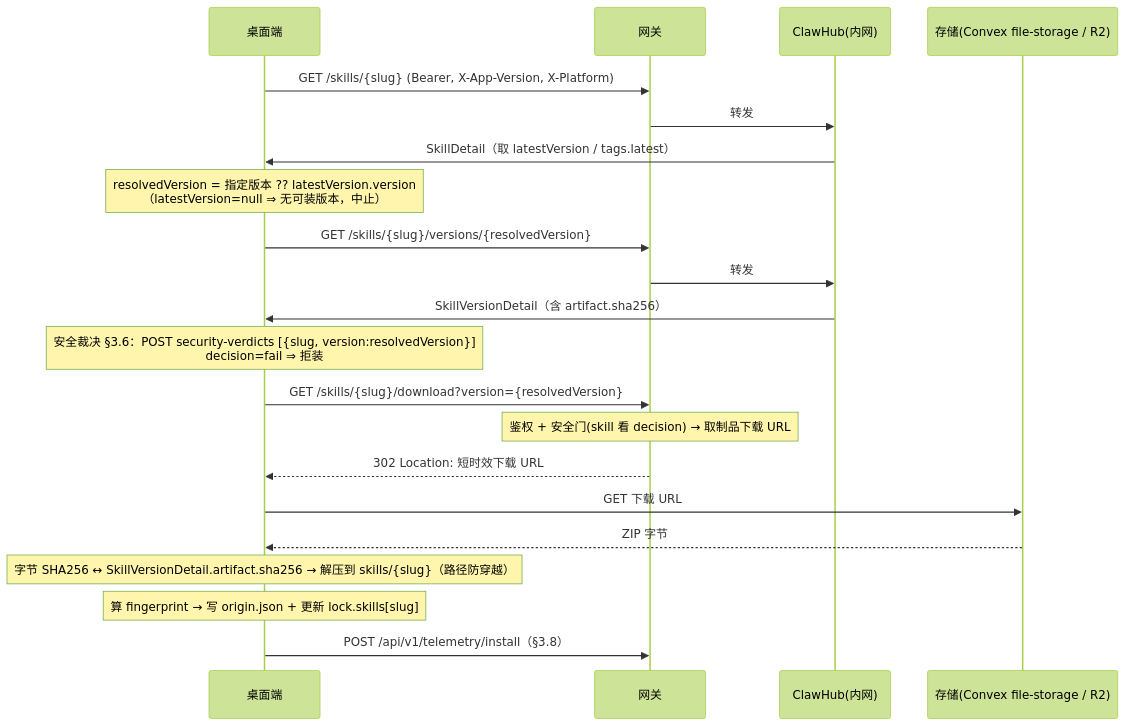
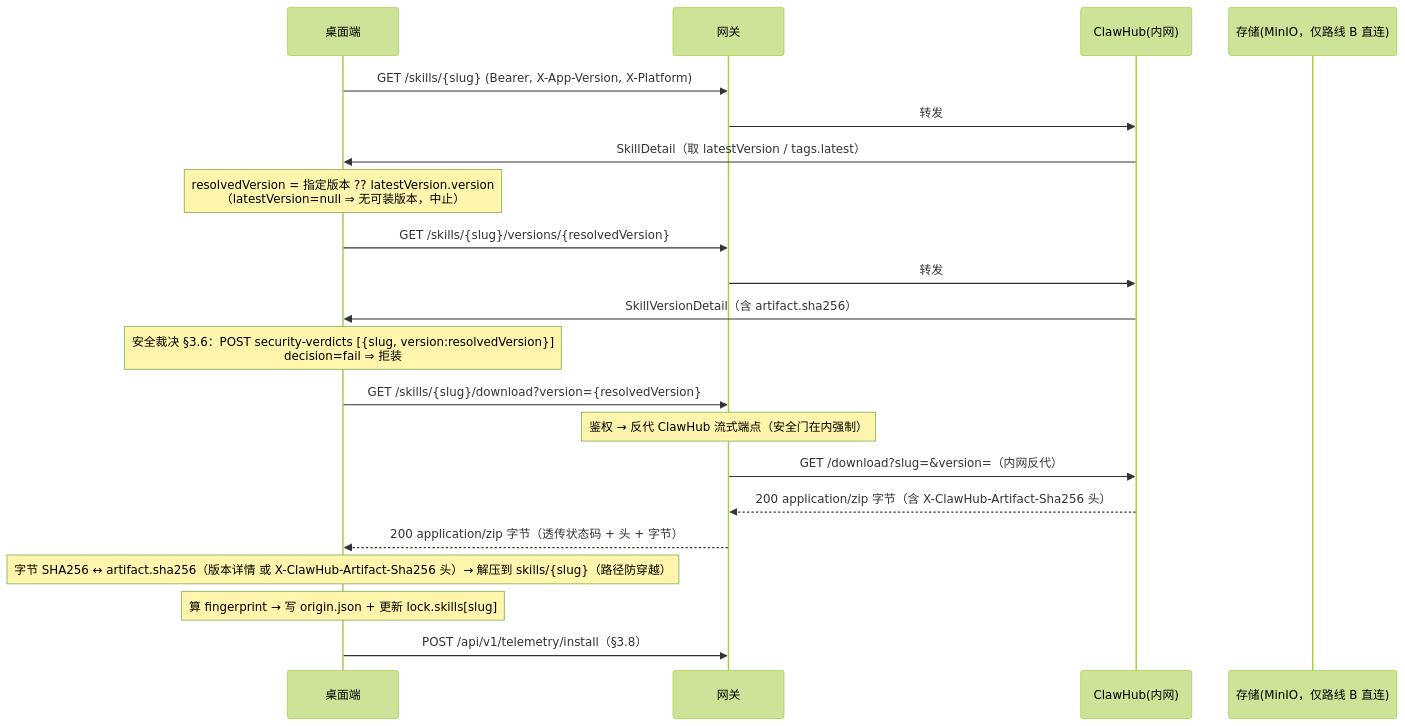
One commit to pysinsjz/vulture-gateway changed the diagram in docs/flows/skill-plugin-lifecycle.md. Above: the diagram before and after it, drawn with Mermaid (forest theme). The commit also changed other lines of this file and 19 other files, not shown here.

First line of the commit message:
feat: 网关 download 改反代 ClawHub 流式端点 + clawhub 出站契约对齐

````diff
--- a/docs/flows/skill-plugin-lifecycle.md
+++ b/docs/flows/skill-plugin-lifecycle.md
@@ -321,24 +321,24 @@
 ```mermaid
 sequenceDiagram
     participant D as 桌面端
     participant G as 网关
     participant R as ClawHub(内网)
-    participant S as 存储(Convex file-storage / R2)
+    participant S as 存储(MinIO，仅路线 B 直连)
 
     D->>G: GET /skills/{slug} (Bearer, X-App-Version, X-Platform)
     G->>R: 转发
     R->>D: SkillDetail（取 latestVersion / tags.latest）
     Note over D: resolvedVersion = 指定版本 ?? latestVersion.version<br/>（latestVersion=null ⇒ 无可装版本，中止）
     D->>G: GET /skills/{slug}/versions/{resolvedVersion}
     G->>R: 转发
     R->>D: SkillVersionDetail（含 artifact.sha256）
     Note over D: 安全裁决 §3.6：POST security-verdicts [{slug, version:resolvedVersion}]<br/>decision=fail ⇒ 拒装
     D->>G: GET /skills/{slug}/download?version={resolvedVersion}
-    Note over G: 鉴权 + 安全门(skill 看 decision) → 取制品下载 URL
-    G-->>D: 302 Location: 短时效下载 URL
-    D->>S: GET 下载 URL
-    S-->>D: ZIP 字节
-    Note over D: 字节 SHA256 ↔ SkillVersionDetail.artifact.sha256 → 解压到 skills/{slug}（路径防穿越）
+    Note over G: 鉴权 → 反代 ClawHub 流式端点（安全门在内强制）
+    G->>R: GET /download?slug=&version=（内网反代）
+    R-->>G: 200 application/zip 字节（含 X-ClawHub-Artifact-Sha256 头）
+    G-->>D: 200 application/zip 字节（透传状态码 + 头 + 字节）
+    Note over D: 字节 SHA256 ↔ artifact.sha256（版本详情 或 X-ClawHub-Artifact-Sha256 头）→ 解压到 skills/{slug}（路径防穿越）
     Note over D: 算 fingerprint → 写 origin.json + 更新 lock.skills[slug]
     D->>G: POST /api/v1/telemetry/install（§3.8）
 ```
````
